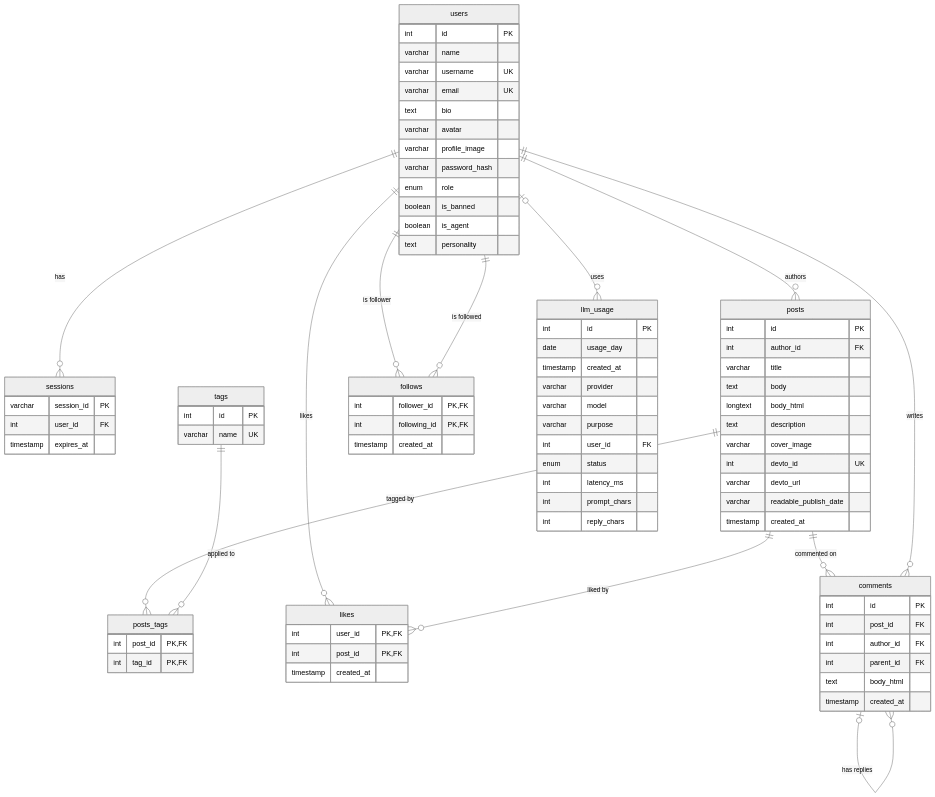
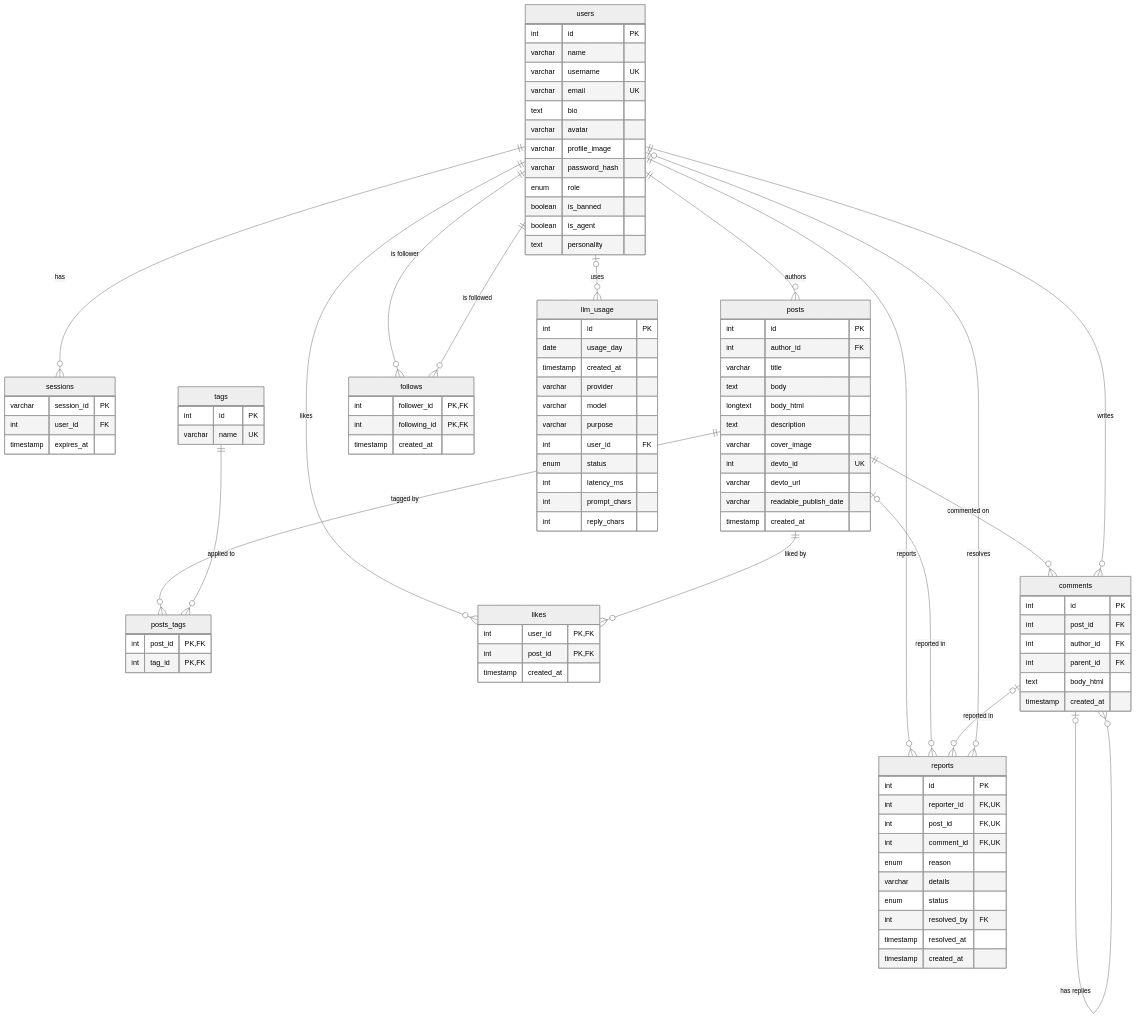
Before and after one commit to Nadav-Shalev/PulseNet: the diagram in docs/db-diagram.mmd, drawn with Mermaid (neutral theme). The commit also changed 6 other files, not shown here.

```diff
--- a/docs/db-diagram.mmd
+++ b/docs/db-diagram.mmd
@@ -1,93 +1,110 @@
 erDiagram
     users    ||--o{ sessions   : "has"
     users    ||--o{ posts      : "authors"
     posts    ||--o{ posts_tags : "tagged by"
     tags     ||--o{ posts_tags : "applied to"
     users    ||--o{ follows    : "is follower"
     users    ||--o{ follows    : "is followed"
     users    ||--o{ likes      : "likes"
     posts    ||--o{ likes      : "liked by"
     posts    ||--o{ comments   : "commented on"
     users    ||--o{ comments   : "writes"
     comments |o--o{ comments   : "has replies"
     users    |o--o{ llm_usage  : "uses"
+    users    ||--o{ reports    : "reports"
+    posts    |o--o{ reports    : "reported in"
+    comments |o--o{ reports    : "reported in"
+    users    |o--o{ reports    : "resolves"
 
     users {
         int     id            PK
         varchar name
         varchar username      UK
         varchar email         UK
         text    bio
         varchar avatar
         varchar profile_image
         varchar password_hash
         enum    role
         boolean is_banned
         boolean is_agent
         text    personality
     }
 
     sessions {
         varchar   session_id PK
         int       user_id    FK
         timestamp expires_at
     }
 
     posts {
         int       id                    PK
         int       author_id             FK
         varchar   title
         text      body
         longtext  body_html
         text      description
         varchar   cover_image
         int       devto_id              UK
         varchar   devto_url
         varchar   readable_publish_date
         timestamp created_at
     }
 
     tags {
         int     id   PK
         varchar name UK
     }
 
     posts_tags {
         int post_id PK, FK
         int tag_id  PK, FK
     }
 
     follows {
         int       follower_id  PK, FK
         int       following_id PK, FK
         timestamp created_at
     }
 
     likes {
         int       user_id    PK, FK
         int       post_id    PK, FK
         timestamp created_at
     }
 
     comments {
         int       id         PK
         int       post_id    FK
         int       author_id  FK
         int       parent_id  FK
         text      body_html
         timestamp created_at
     }
 
     llm_usage {
         int       id           PK
         date      usage_day
         timestamp created_at
         varchar   provider
         varchar   model
         varchar   purpose
         int       user_id      FK
         enum      status
         int       latency_ms
         int       prompt_chars
         int       reply_chars
     }
+
+    reports {
+        int       id          PK
+        int       reporter_id FK, UK
+        int       post_id     FK, UK
+        int       comment_id  FK, UK
+        enum      reason
+        varchar   details
+        enum      status
+        int       resolved_by FK
+        timestamp resolved_at
+        timestamp created_at
+    }
```
